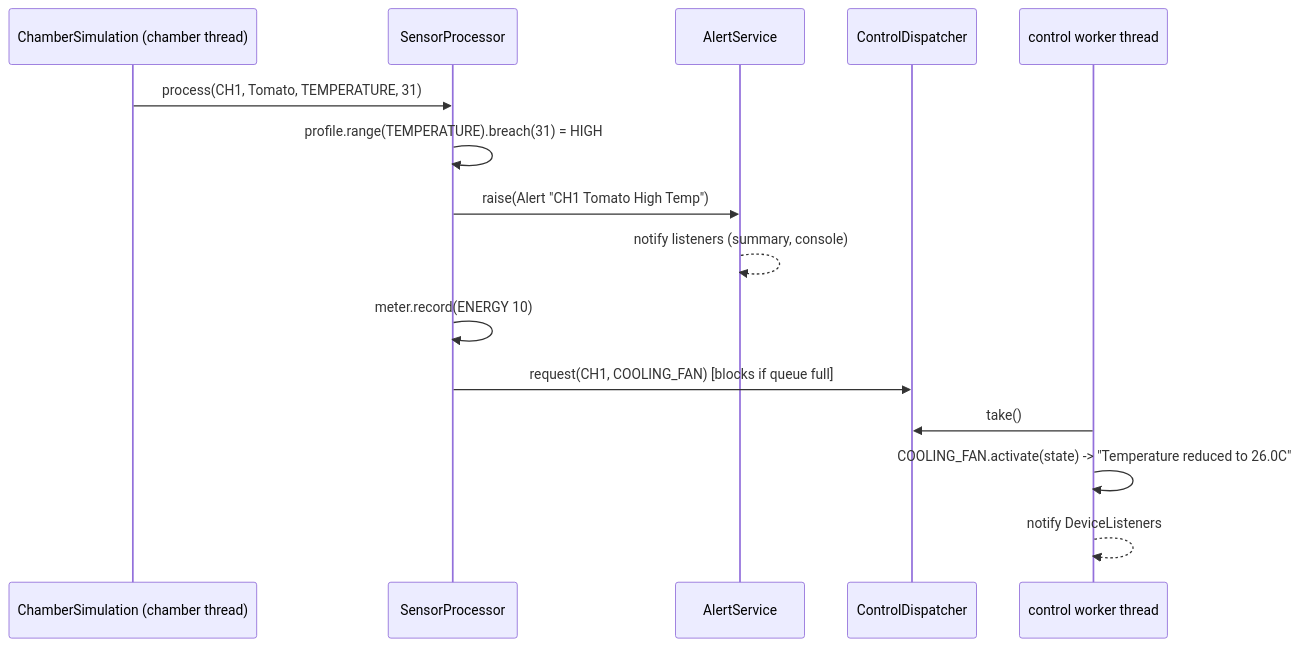
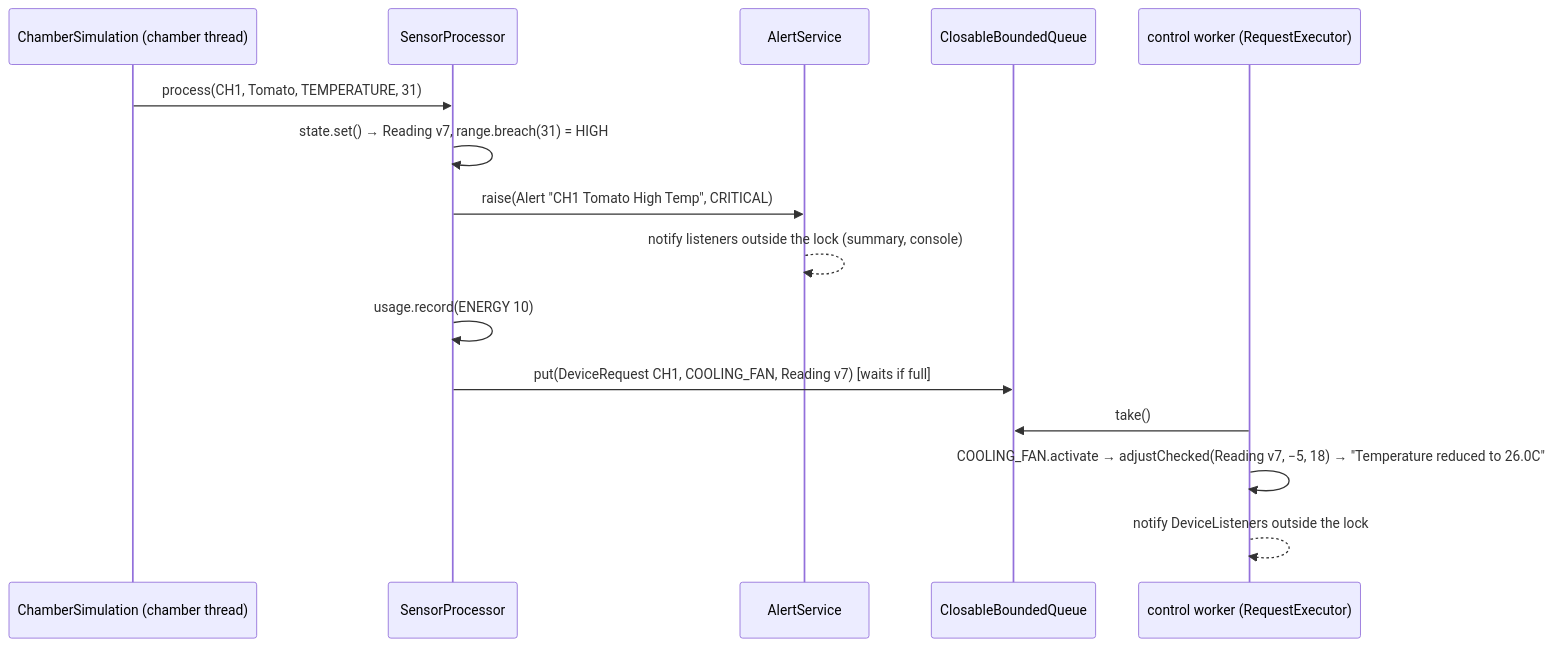
Before and after one commit to jarenlimhaan/se301-svfrms: the second of 4 diagrams in README.md, drawn with Mermaid. The commit also changed other lines of this file and 70 other files, not shown here.

````diff
--- a/README.md
+++ b/README.md
@@ -124,17 +131,17 @@
 ```mermaid
 sequenceDiagram
     participant Sim as ChamberSimulation (chamber thread)
     participant SP as SensorProcessor
     participant AS as AlertService
-    participant CD as ControlDispatcher
-    participant W as control worker thread
+    participant Q as ClosableBoundedQueue
+    participant W as control worker (RequestExecutor)
     Sim->>SP: process(CH1, Tomato, TEMPERATURE, 31)
-    SP->>SP: profile.range(TEMPERATURE).breach(31) = HIGH
-    SP->>AS: raise(Alert "CH1 Tomato High Temp")
-    AS-->>AS: notify listeners (summary, console)
-    SP->>SP: meter.record(ENERGY 10)
-    SP->>CD: request(CH1, COOLING_FAN)  [blocks if queue full]
-    W->>CD: take()
-    W->>W: COOLING_FAN.activate(state) -> "Temperature reduced to 26.0C"
-    W-->>W: notify DeviceListeners
+    SP->>SP: state.set() → Reading v7, range.breach(31) = HIGH
+    SP->>AS: raise(Alert "CH1 Tomato High Temp", CRITICAL)
+    AS-->>AS: notify listeners outside the lock (summary, console)
+    SP->>SP: usage.record(ENERGY 10)
+    SP->>Q: put(DeviceRequest CH1, COOLING_FAN, Reading v7) [waits if full]
+    W->>Q: take()
+    W->>W: COOLING_FAN.activate → adjustChecked(Reading v7, −5, 18) → "Temperature reduced to 26.0C"
+    W-->>W: notify DeviceListeners outside the lock
 ```
````
